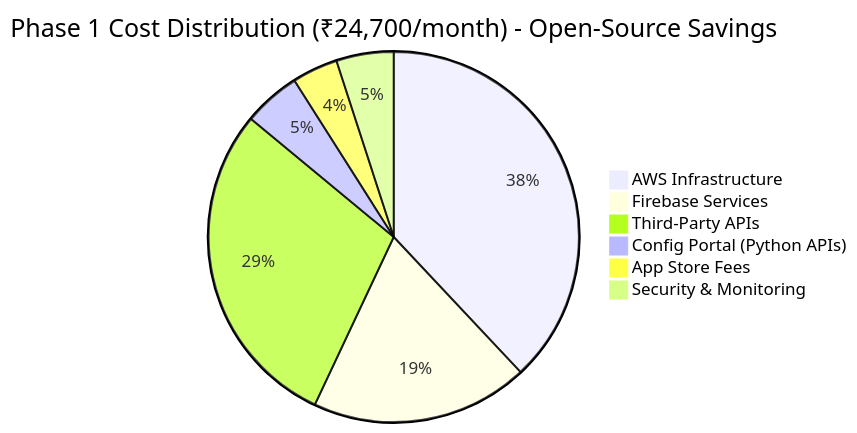
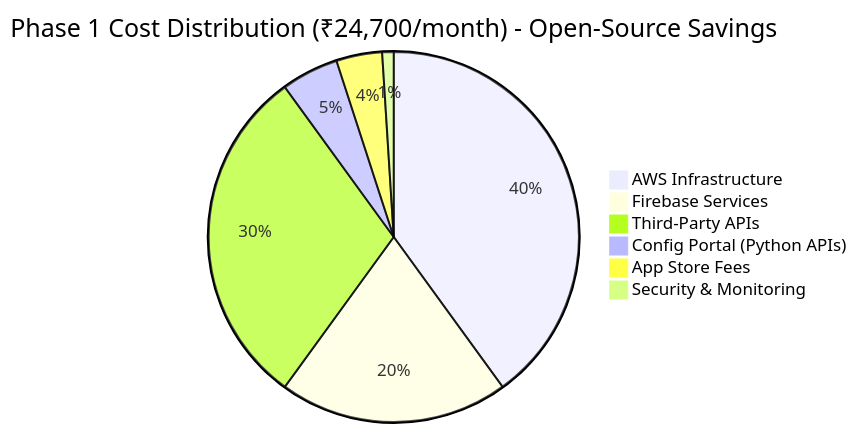
One commit to manizvlabs/agentmitra changed diagram 15 of 17 in discovery/deployment/deployment-design.md. Above: the diagram before and after it, drawn with Mermaid. The commit also changed other lines of this file, not shown here.

First line of the commit message:
refactor: replace all proprietary monitoring tools with open-source alternatives

````diff
--- a/discovery/deployment/deployment-design.md
+++ b/discovery/deployment/deployment-design.md
@@ -2957,9 +2960,9 @@
 ```mermaid
 pie title Phase 1 Cost Distribution (₹24,700/month) - Open-Source Savings
-    "AWS Infrastructure" : 38
-    "Firebase Services" : 19
-    "Third-Party APIs" : 29
+    "AWS Infrastructure" : 40
+    "Firebase Services" : 20
+    "Third-Party APIs" : 30
     "Config Portal (Python APIs)" : 5
     "App Store Fees" : 4
-    "Security & Monitoring" : 5
+    "Security & Monitoring" : 1
 ```
````
